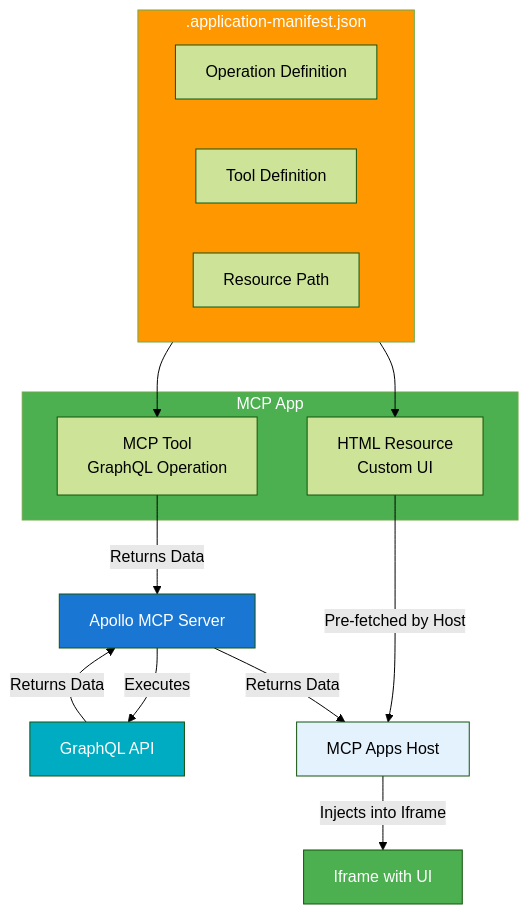
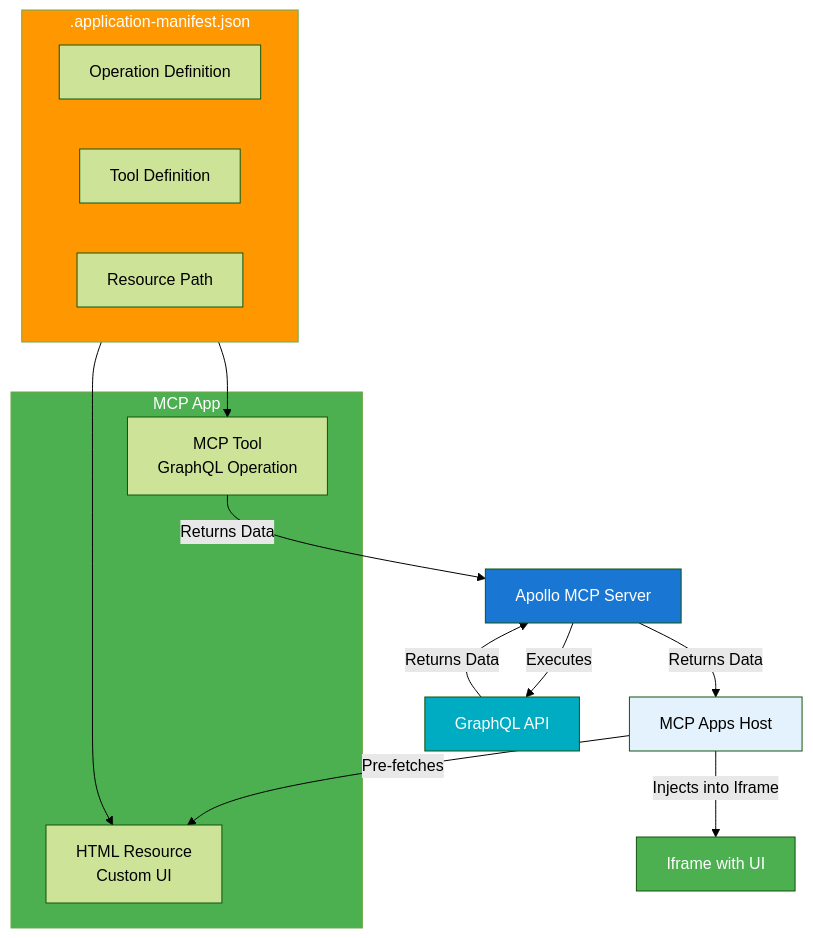
Before and after one commit to apollographql/apollo-mcp-server: the second of 2 diagrams in docs/source/mcp-apps-architecture.mdx, drawn with Mermaid (forest theme). The commit also changed other lines of this file and 1 other file, not shown here.

Commit message:
Correcting diagrams.

````diff
--- a/docs/source/mcp-apps-architecture.mdx
+++ b/docs/source/mcp-apps-architecture.mdx
@@ -64,29 +63,29 @@
 ```mermaid
 graph TB
     subgraph App["MCP App"]
         Tool["MCP Tool\nGraphQL Operation"]
         Resource["HTML Resource\nCustom UI"]
     end
     
     subgraph Manifest[".application-manifest.json"]
         OpDef["Operation Definition"]
         ToolDef["Tool Definition"]
         ResourcePath["Resource Path"]
     end
     
     Manifest --> Tool
     Manifest --> Resource
     Tool -->|"Returns Data"| MCPServer["Apollo MCP Server"]
     MCPServer -->|"Executes"| GraphQL["GraphQL API"]
     GraphQL -->|"Returns Data"| MCPServer
-    Resource -->|"Pre-fetched by Host"| Host["MCP Apps Host"]
+    Host["MCP Apps Host"] -->|"Pre-fetches"| Resource
     MCPServer -->|"Returns Data"| Host
     Host -->|"Injects into Iframe"| Iframe["Iframe with UI"]
     
     style App fill:#4CAF50,color:#fff
     style Manifest fill:#FF9800,color:#fff
     style GraphQL fill:#00ACC1,color:#fff
     style Host fill:#E3F2FD
     style MCPServer fill:#1976D2,color:#fff
     style Iframe fill:#4CAF50,color:#fff
 ```
````
